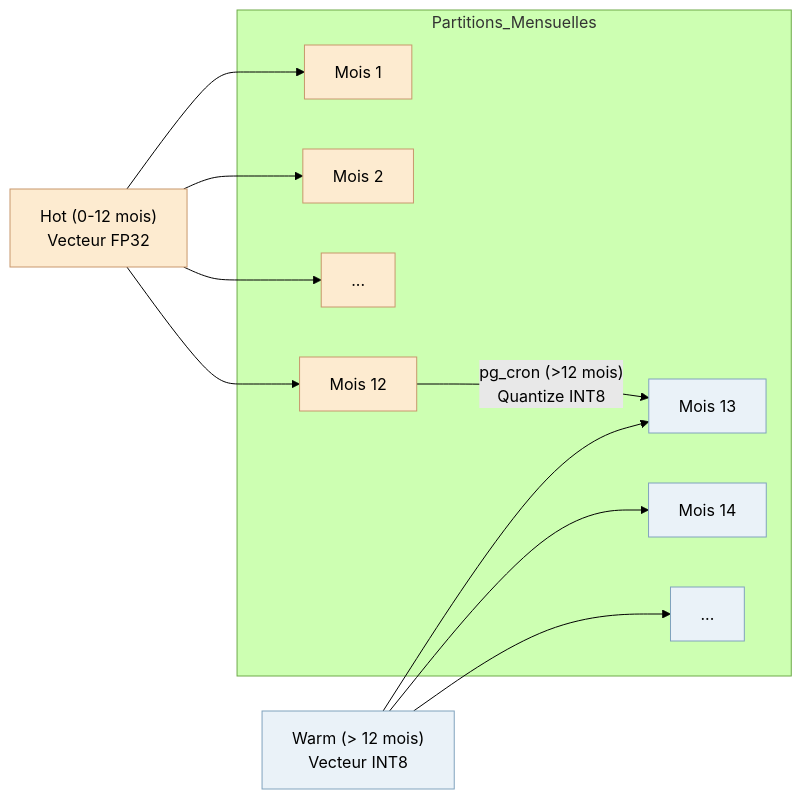
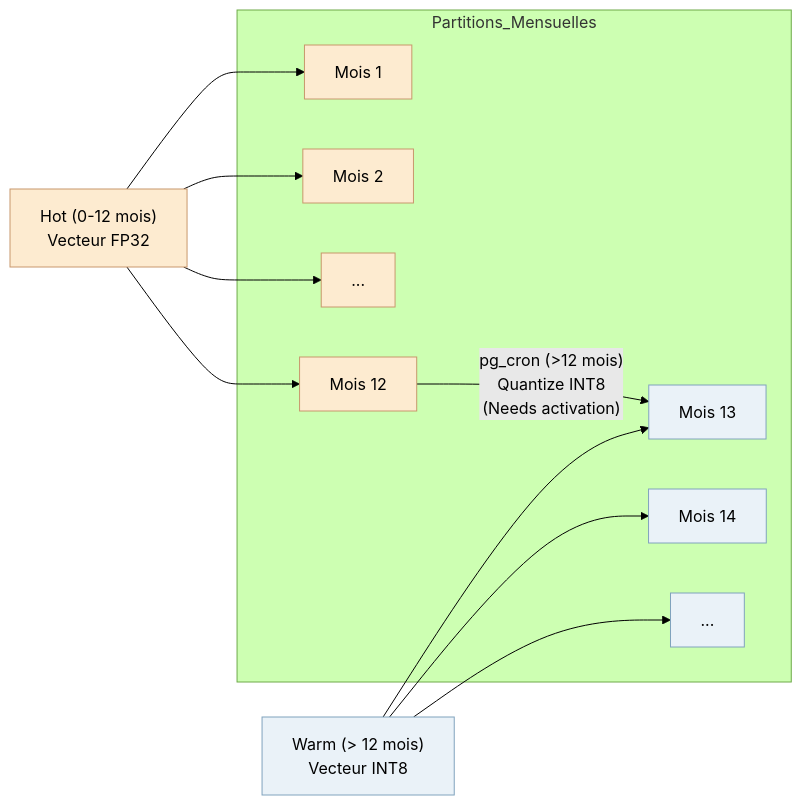
The third of 3 diagrams in docs/Document Architecture.md (giak/mnemo-lite), drawn with Mermaid (forest theme) before and after one commit. The commit also changed other lines of this file and 6 other files, not shown here.

````diff
--- a/docs/Document Architecture.md
+++ b/docs/Document Architecture.md
@@ -174,28 +174,28 @@
 ```mermaid
 flowchart LR
   subgraph Partitions_Mensuelles
     P_M1[Mois 1]
     P_M2[Mois 2]
     P_Mdots[...]
     P_M12[Mois 12]
     P_M13[Mois 13]
     P_M14[Mois 14]
     P_Mdots2[...]
   end
 
   HotPartitions["Hot (0-12 mois)<br>Vecteur FP32"] --> P_M1
   HotPartitions --> P_M2
   HotPartitions --> P_Mdots
   HotPartitions --> P_M12
   
   WarmPartitions["Warm (> 12 mois)<br>Vecteur INT8"] --> P_M13
   WarmPartitions --> P_M14
   WarmPartitions --> P_Mdots2
   
-  P_M12 -->|"pg_cron (&gt;12 mois)<br>Quantize INT8"| P_M13
+  P_M12 -->|"pg_cron (&gt;12 mois)<br>Quantize INT8<br>(Needs activation)"| P_M13
   
   classDef hot fill:#fdebd0,stroke:#c8976c;
   classDef warm fill:#eaf2f8,stroke:#80a3bd;
   class HotPartitions,P_M1,P_M2,P_Mdots,P_M12 hot;
   class WarmPartitions,P_M13,P_M14,P_Mdots2 warm;
 ```
````
